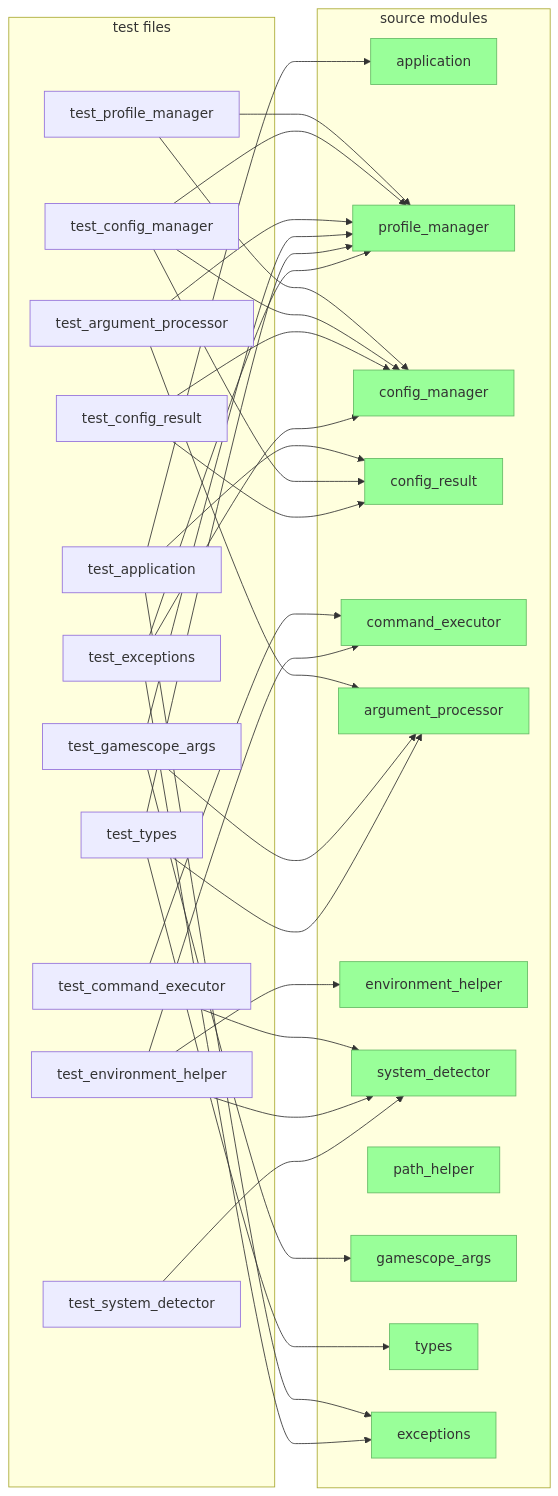
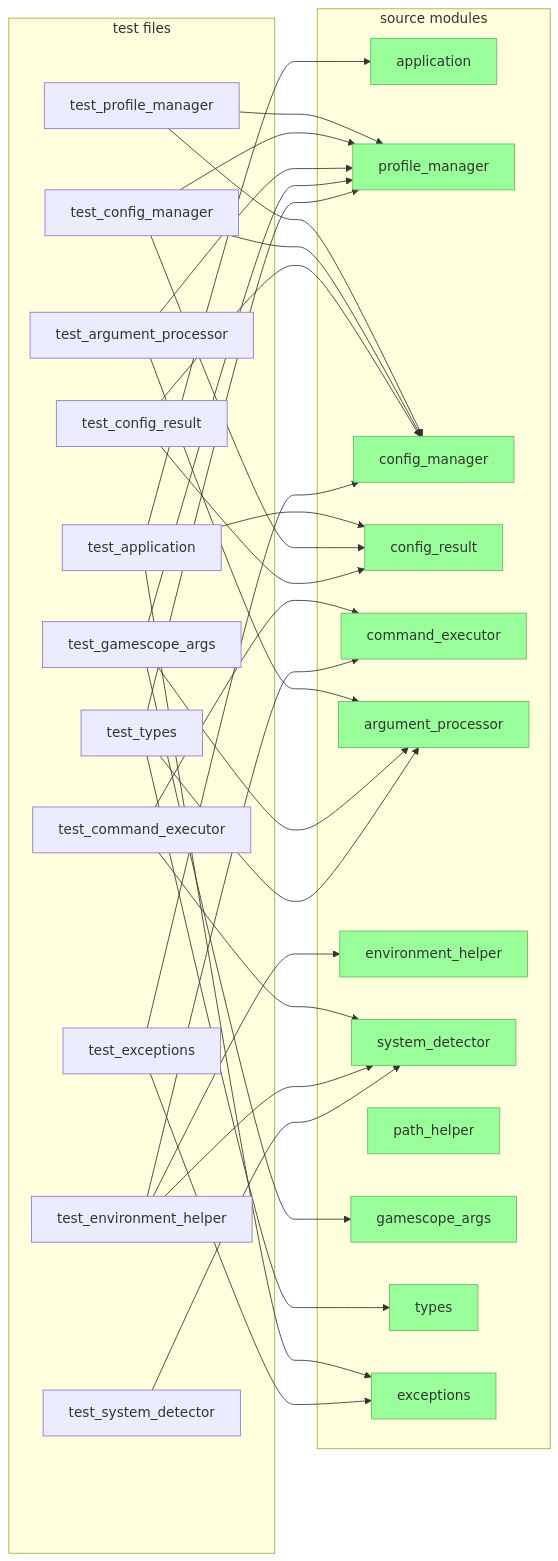
The first of 3 diagrams in tests/TEST_DESIGN.md (WombatFromHell/neoscopebuddy), drawn with Mermaid before and after one commit. The commit also changed other lines of this file and 8 other files, not shown here.

````diff
--- a/tests/TEST_DESIGN.md
+++ b/tests/TEST_DESIGN.md
@@ -7,82 +7,81 @@
 ```mermaid
 graph LR
     subgraph "source modules"
         application
         profile_manager
         config_manager
         config_result
         command_executor
         argument_processor
         environment_helper
         system_detector
         path_helper
         gamescope_args
         types
         exceptions
     end
 
     subgraph "test files"
         t_app["test_application"]
         t_prof["test_profile_manager"]
         t_cfg["test_config_manager"]
         t_cmd["test_command_executor"]
         t_arg["test_argument_processor"]
         t_env["test_environment_helper"]
         t_sys["test_system_detector"]
         t_ga["test_gamescope_args"]
         t_cr["test_config_result"]
         t_types["test_types"]
         t_exc["test_exceptions"]
     end
 
     t_app --> application
     t_app --> config_result
     t_app --> exceptions
 
     t_prof --> profile_manager
     t_prof --> config_manager
 
     t_cfg --> config_manager
     t_cfg --> config_result
     t_cfg --> profile_manager
 
     t_cmd --> command_executor
     t_cmd --> system_detector
 
     t_arg --> argument_processor
     t_arg --> profile_manager
 
     t_env --> environment_helper
     t_env --> command_executor
     t_env --> system_detector
 
     t_sys --> system_detector
 
     t_ga --> gamescope_args
     t_ga --> argument_processor
     t_ga --> profile_manager
 
     t_cr --> config_result
     t_cr --> config_manager
 
     t_types --> types
     t_types --> argument_processor
     t_types --> profile_manager
 
     t_exc --> exceptions
     t_exc --> config_manager
-    t_exc --> profile_manager
 
     style application fill:#9f9,stroke:#6b6
     style profile_manager fill:#9f9,stroke:#6b6
     style config_manager fill:#9f9,stroke:#6b6
     style config_result fill:#9f9,stroke:#6b6
     style command_executor fill:#9f9,stroke:#6b6
     style argument_processor fill:#9f9,stroke:#6b6
     style environment_helper fill:#9f9,stroke:#6b6
     style system_detector fill:#9f9,stroke:#6b6
     style path_helper fill:#9f9,stroke:#6b6
     style gamescope_args fill:#9f9,stroke:#6b6
     style types fill:#9f9,stroke:#6b6
     style exceptions fill:#9f9,stroke:#6b6
 ```
````
